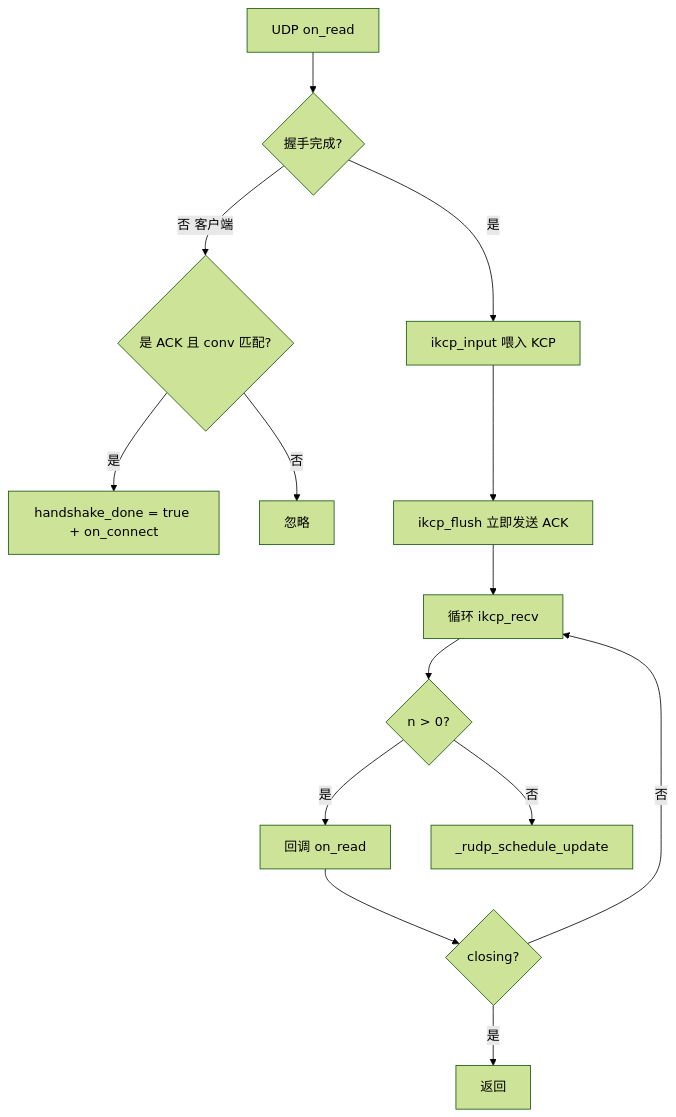
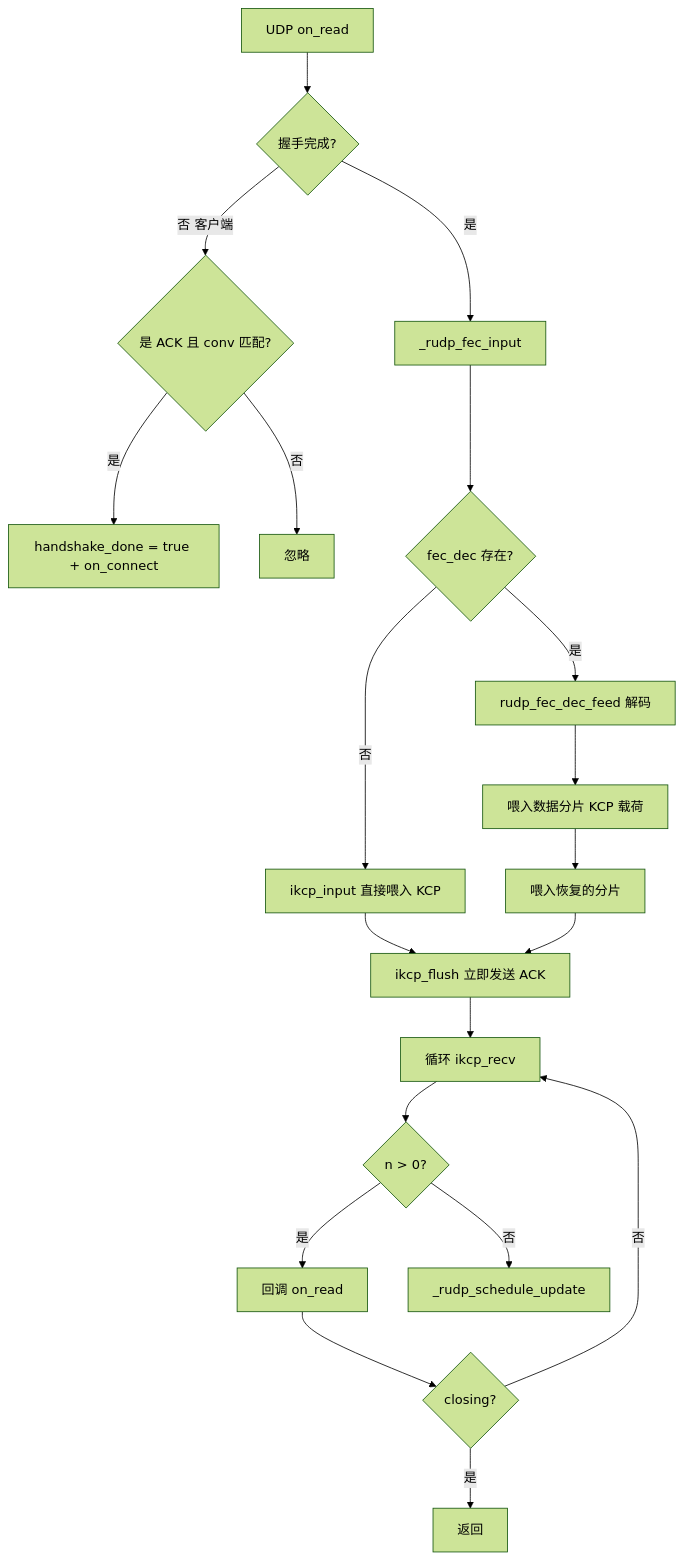
One commit to MeristemForge/Xylem changed the seventh of 8 diagrams in docs/rudp-design.md. Above: the diagram before and after it, drawn with Mermaid (forest theme). The commit also changed other lines of this file and 6 other files, not shown here.

````diff
--- a/docs/rudp-design.md
+++ b/docs/rudp-design.md
@@ -285,16 +449,22 @@
 ```mermaid
 flowchart TD
     A[UDP on_read] --> B{握手完成?}
     B -->|否 客户端| C{是 ACK 且 conv 匹配?}
     C -->|是| D[handshake_done = true + on_connect]
     C -->|否| E[忽略]
-    B -->|是| F[ikcp_input 喂入 KCP]
-    F --> G[ikcp_flush 立即发送 ACK]
+    B -->|是| F[_rudp_fec_input]
+    F --> FA{fec_dec 存在?}
+    FA -->|否| FB[ikcp_input 直接喂入 KCP]
+    FA -->|是| FC[rudp_fec_dec_feed 解码]
+    FC --> FD[喂入数据分片 KCP 载荷]
+    FD --> FE[喂入恢复的分片]
+    FB --> G[ikcp_flush 立即发送 ACK]
+    FE --> G
     G --> H[循环 ikcp_recv]
     H --> I{n > 0?}
     I -->|是| J[回调 on_read]
     J --> K{closing?}
     K -->|是| L[返回]
     K -->|否| H
     I -->|否| M[_rudp_schedule_update]
 ```
````
